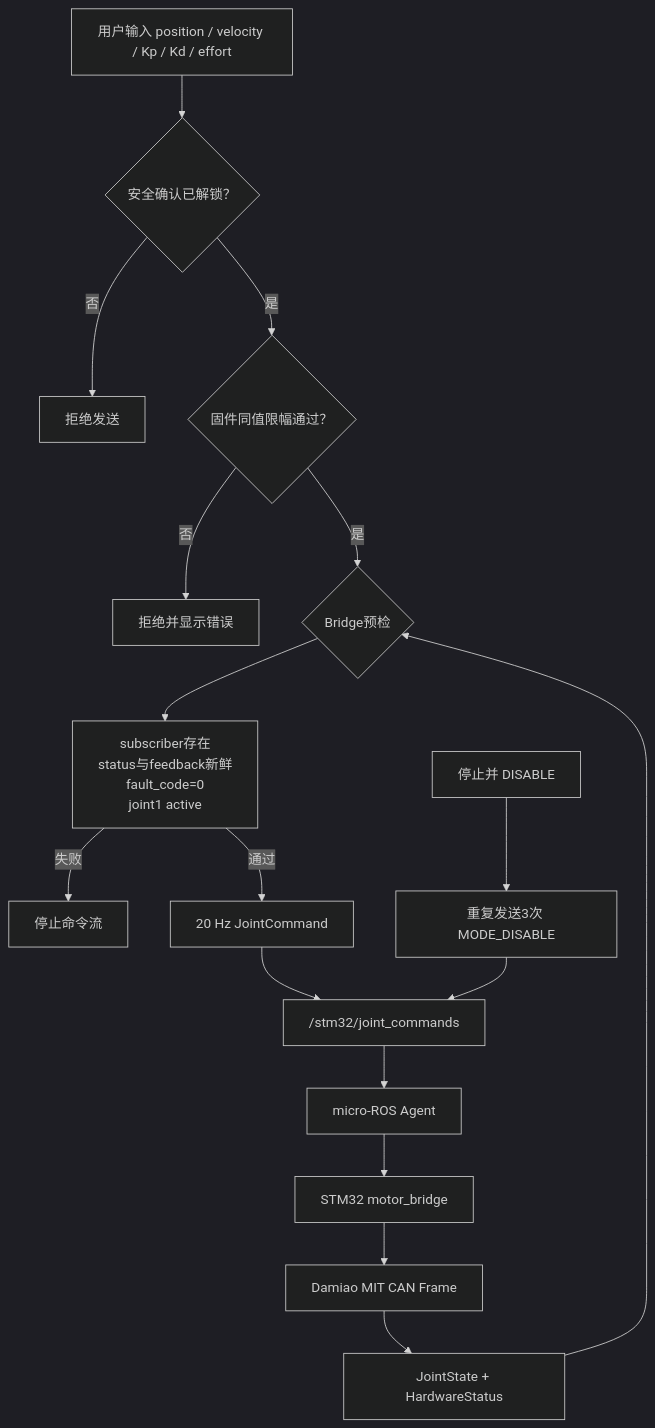
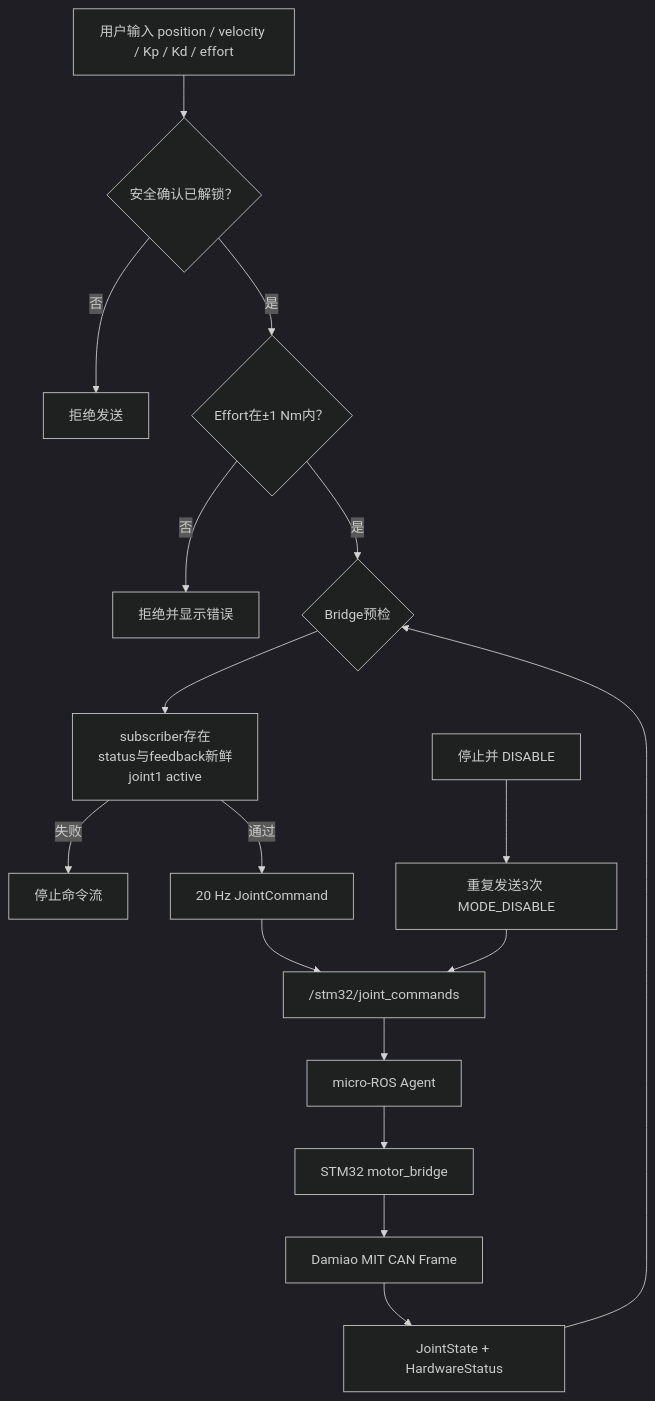
The fourth of 4 diagrams in docs/obsidian/Easy Debug 上位机架构.md (phamstered/rebotarm-debug-desk), drawn with Mermaid (dark theme) before and after one commit. The commit also changed other lines of this file and 20 other files, not shown here.

````diff
--- a/docs/obsidian/Easy Debug 上位机架构.md
+++ b/docs/obsidian/Easy Debug 上位机架构.md
@@ -145,19 +159,19 @@
 ```mermaid
 flowchart TD
     FORM["用户输入 position / velocity / Kp / Kd / effort"] --> ARM{"安全确认已解锁？"}
     ARM -->|"否"| REJECT1["拒绝发送"]
-    ARM -->|"是"| LIMIT{"固件同值限幅通过？"}
+    ARM -->|"是"| LIMIT{"Effort在±1 Nm内？"}
     LIMIT -->|"否"| REJECT2["拒绝并显示错误"]
     LIMIT -->|"是"| PREFLIGHT{"Bridge预检"}
-    PREFLIGHT --> CHECKS["subscriber存在<br/>status与feedback新鲜<br/>fault_code=0<br/>joint1 active"]
+    PREFLIGHT --> CHECKS["subscriber存在<br/>status与feedback新鲜<br/>joint1 active"]
     CHECKS -->|"失败"| REJECT3["停止命令流"]
     CHECKS -->|"通过"| STREAM["20 Hz JointCommand"]
     STREAM --> TOPIC["/stm32/joint_commands"]
     TOPIC --> AGENT["micro-ROS Agent"]
     AGENT --> MCU["STM32 motor_bridge"]
     MCU --> MIT["Damiao MIT CAN Frame"]
     MIT --> FEEDBACK["JointState + HardwareStatus"]
     FEEDBACK --> PREFLIGHT
     STOP["停止并 DISABLE"] --> DISABLE["重复发送3次 MODE_DISABLE"]
     DISABLE --> TOPIC
 ```
````
